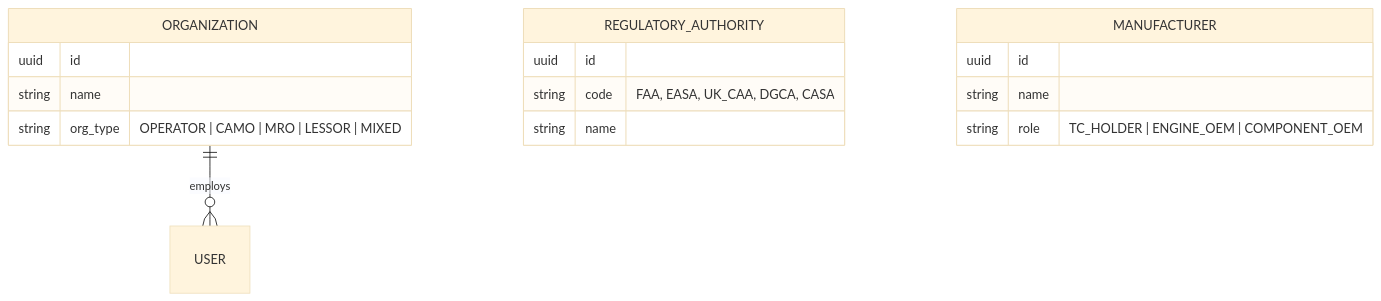
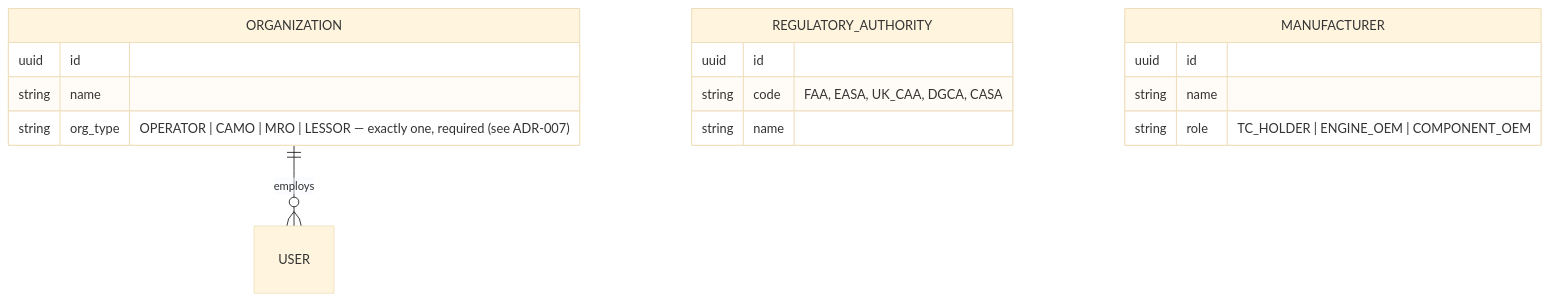
One commit to ramnadh-kota/aerocomply changed the first of 9 diagrams in docs/ontology/AVIATION_ONTOLOGY.md. Above: the diagram before and after it, drawn with Mermaid (base theme). The commit also changed other lines of this file and 8 other files, not shown here.

````diff
--- a/docs/ontology/AVIATION_ONTOLOGY.md
+++ b/docs/ontology/AVIATION_ONTOLOGY.md
@@ -26,19 +26,19 @@
 ```mermaid
 erDiagram
     ORGANIZATION ||--o{ USER : employs
     ORGANIZATION {
         uuid id
         string name
-        string org_type "OPERATOR | CAMO | MRO | LESSOR | MIXED"
+        string org_type "OPERATOR | CAMO | MRO | LESSOR — exactly one, required (see ADR-007)"
     }
     REGULATORY_AUTHORITY {
         uuid id
         string code "FAA, EASA, UK_CAA, DGCA, CASA"
         string name
     }
     MANUFACTURER {
         uuid id
         string name
         string role "TC_HOLDER | ENGINE_OEM | COMPONENT_OEM"
     }
 ```
````
